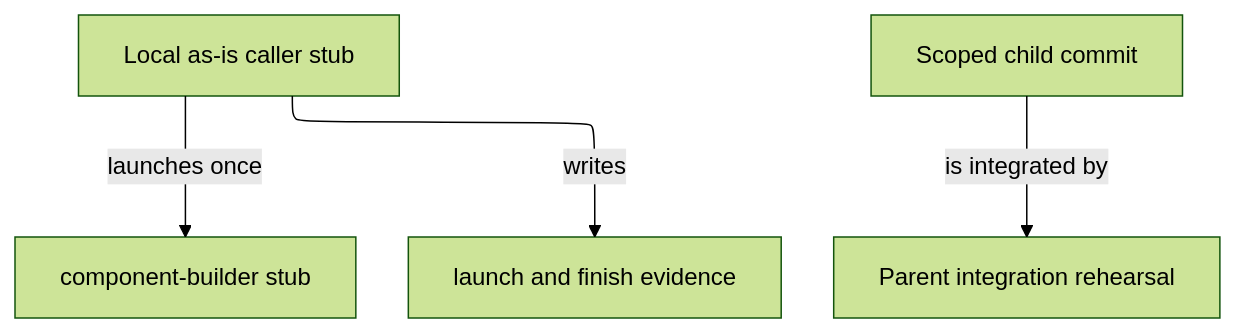
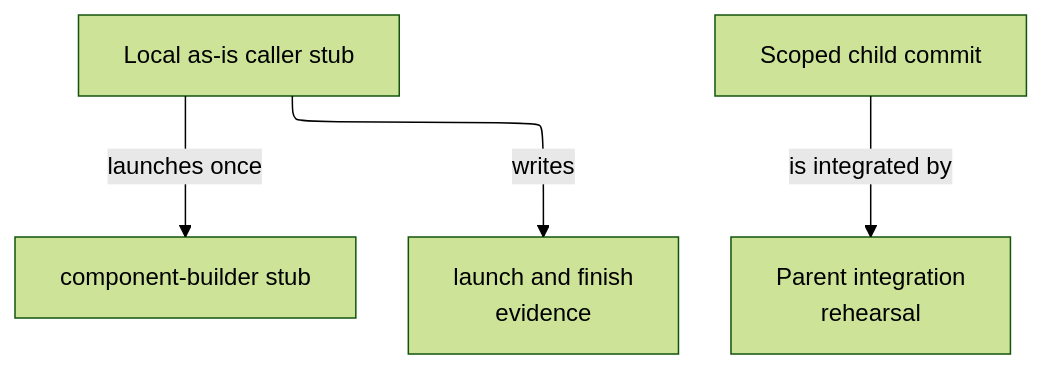
One commit to abstract-business-systems/as-is changed the diagram in validation-fixtures/dummy-delegation/as-is.md. Above: the diagram before and after it, drawn with Mermaid (forest theme). The commit also changed 47 other files, not shown here.

Commit message:
docs(diagrams): improve Mermaid readability validation

````diff
--- a/validation-fixtures/dummy-delegation/as-is.md
+++ b/validation-fixtures/dummy-delegation/as-is.md
@@ -17,10 +17,10 @@
 ```mermaid
 ---
 config:
   layout: elk
 ---
 flowchart TB
     Caller["Local as-is caller stub"] -->|launches once| Builder["component-builder stub"]
-    Caller -->|writes| Registry["launch and finish evidence"]
-    ChildCommit["Scoped child commit"] -->|is integrated by| Parent["Parent integration rehearsal"]
+    Caller -->|writes| Registry["launch and finish<br/>evidence"]
+    ChildCommit["Scoped child commit"] -->|is integrated by| Parent["Parent integration<br/>rehearsal"]
 ```
````
